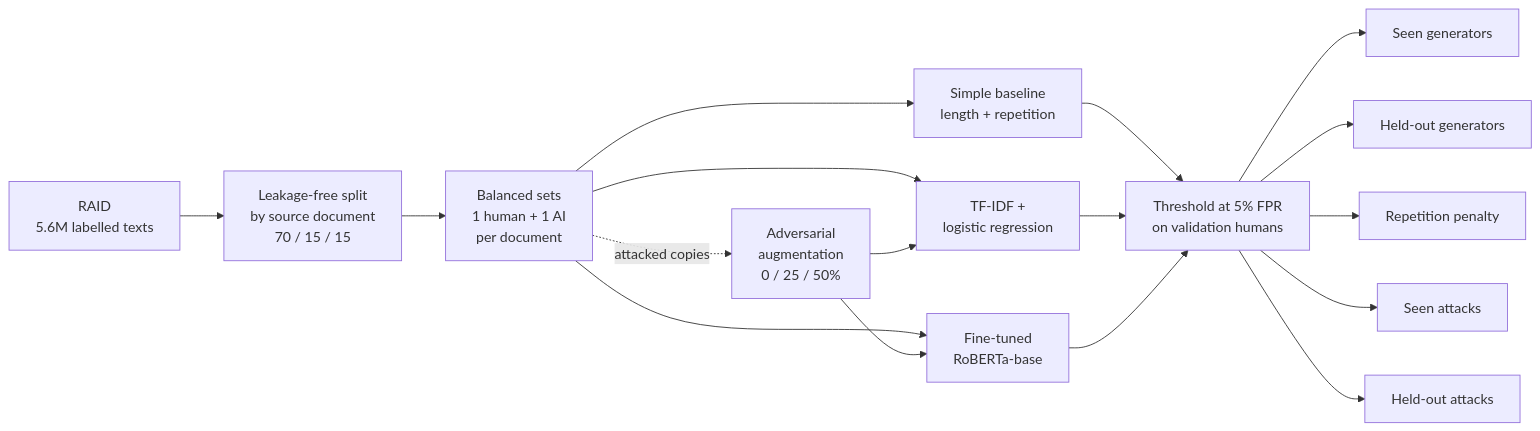
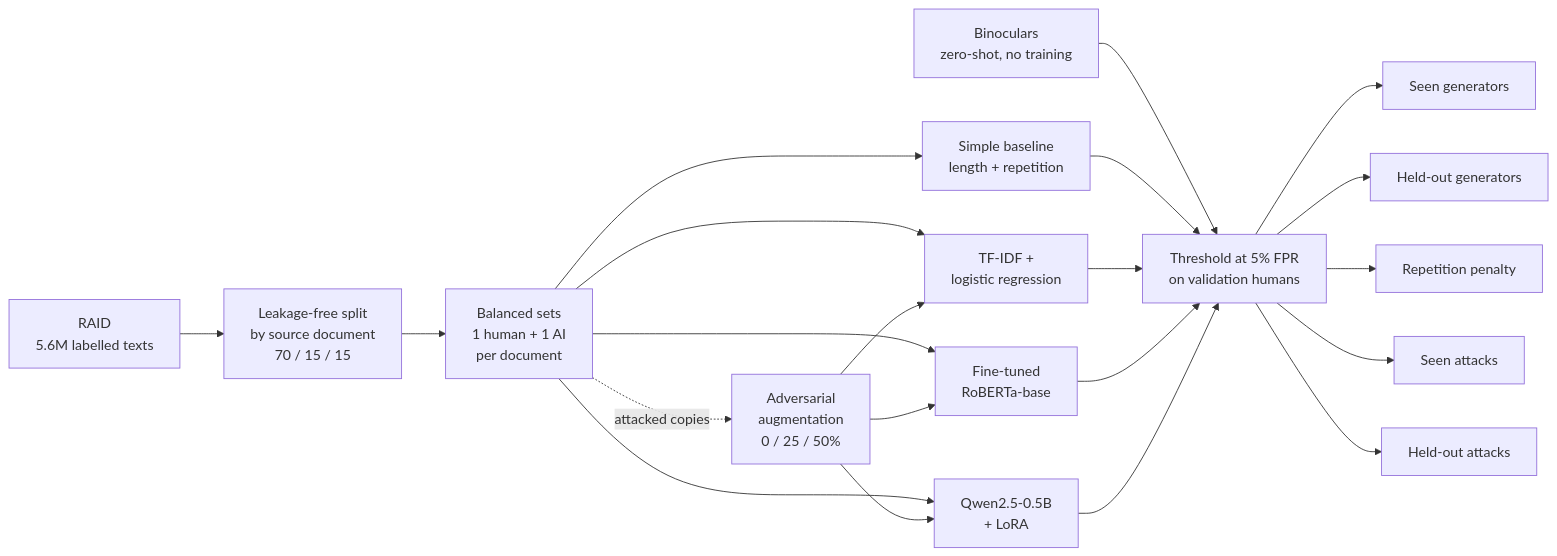
One commit to X2RSaM/Raid_generalisation changed the diagram in README.md. Above: the diagram before and after it, drawn with Mermaid. The commit also changed other lines of this file and 102 other files, not shown here.

````diff
--- a/README.md
+++ b/README.md
@@ -47,17 +60,20 @@
 ```mermaid
 flowchart LR
     A[RAID<br/>5.6M labelled texts] --> B[Leakage-free split<br/>by source document<br/>70 / 15 / 15]
     B --> C[Balanced sets<br/>1 human + 1 AI<br/>per document]
     C --> D1[Simple baseline<br/>length + repetition]
     C --> D2[TF-IDF +<br/>logistic regression]
     C --> D3[Fine-tuned<br/>RoBERTa-base]
+    C --> D4[Qwen2.5-0.5B<br/>+ LoRA]
+    Z[Binoculars<br/>zero-shot, no training] --> T
     C -. attacked copies .-> AUG[Adversarial<br/>augmentation<br/>0 / 25 / 50%]
     AUG --> D2
     AUG --> D3
-    D1 & D2 & D3 --> T[Threshold at 5% FPR<br/>on validation humans]
+    AUG --> D4
+    D1 & D2 & D3 & D4 --> T[Threshold at 5% FPR<br/>on validation humans]
     T --> E1[Seen generators]
     T --> E2[Held-out generators]
     T --> E3[Repetition penalty]
     T --> E4[Seen attacks]
     T --> E5[Held-out attacks]
 ```
````
